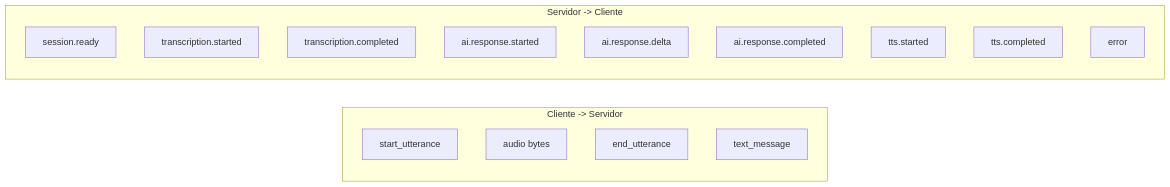
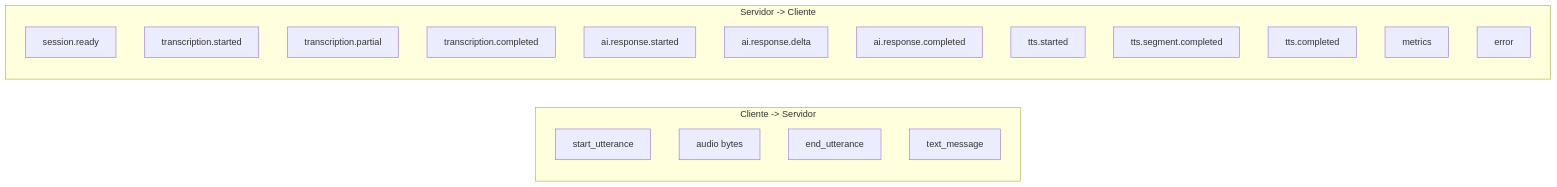
Before and after one commit to erdrako/voice-ai-streaming-trainer: the fourth of 5 diagrams in docs/diagrams.md, drawn with Mermaid. The commit also changed other lines of this file and 18 other files, not shown here.

````diff
--- a/docs/diagrams.md
+++ b/docs/diagrams.md
@@ -79,21 +96,24 @@
 ```mermaid
 flowchart LR
     subgraph Client["Cliente -> Servidor"]
         C1["start_utterance"]
         C2["audio bytes"]
         C3["end_utterance"]
         C4["text_message"]
     end
 
     subgraph Server["Servidor -> Cliente"]
         S1["session.ready"]
         S2["transcription.started"]
-        S3["transcription.completed"]
-        S4["ai.response.started"]
-        S5["ai.response.delta"]
-        S6["ai.response.completed"]
-        S7["tts.started"]
-        S8["tts.completed"]
-        S9["error"]
+        S3["transcription.partial"]
+        S4["transcription.completed"]
+        S5["ai.response.started"]
+        S6["ai.response.delta"]
+        S7["ai.response.completed"]
+        S8["tts.started"]
+        S9["tts.segment.completed"]
+        S10["tts.completed"]
+        S11["metrics"]
+        S12["error"]
     end
 ```
````
